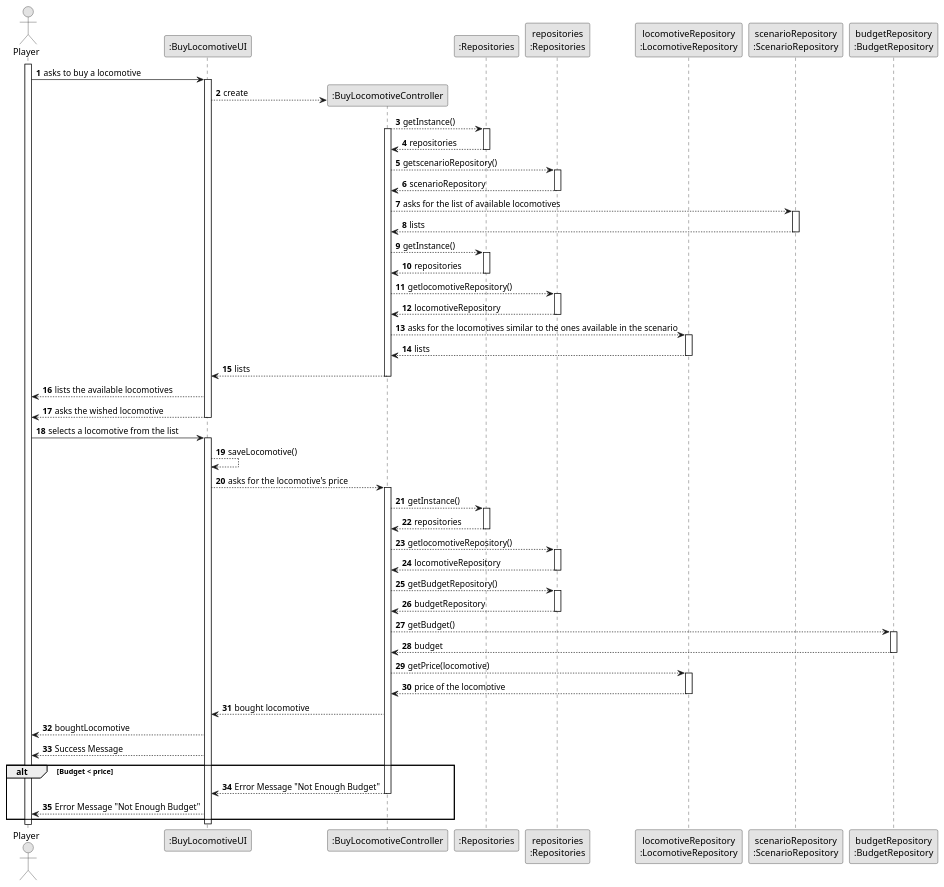
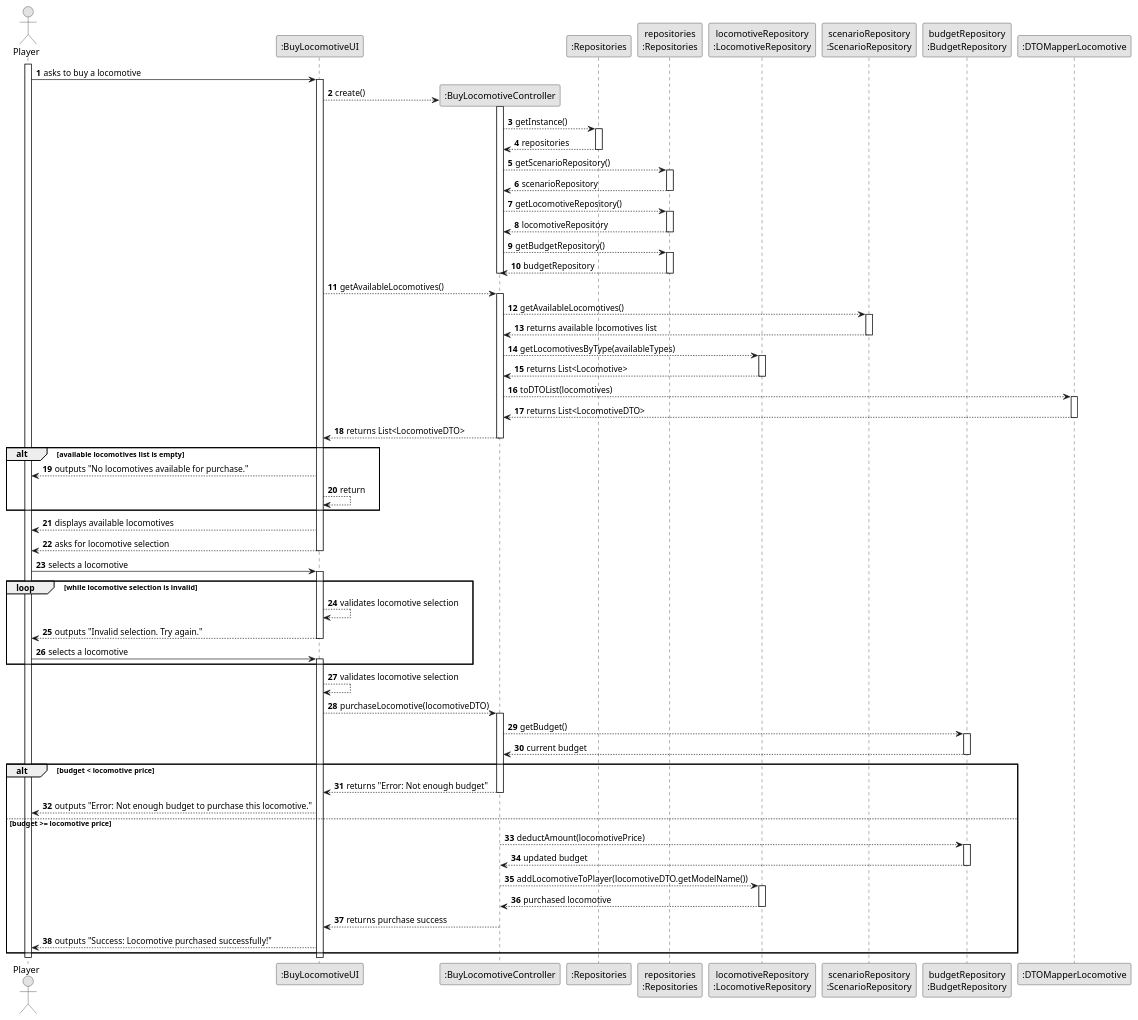
The diagram in docs/system-documentation/US009/03.design/puml/US009-SD.puml (goncalolopesp/sem2-pi-24.25-g093-repo), drawn with PlantUML before and after one commit. The commit also changed 3 other files, not shown here.

```diff
--- a/docs/system-documentation/US009/03.design/puml/US009-SD.puml
+++ b/docs/system-documentation/US009/03.design/puml/US009-SD.puml
@@ -1,120 +1,136 @@
 @startuml
 skinparam monochrome true
 skinparam packageStyle rectangle
 skinparam shadowing false
 
 autonumber
 
-actor "Player" as Employee
+actor "Player" as Player
 participant ":BuyLocomotiveUI" as BuyLocomotiveUI
 
-activate Employee
+activate Player
 
-Employee -> BuyLocomotiveUI : asks to buy a locomotive
+Player -> BuyLocomotiveUI : asks to buy a locomotive
 activate BuyLocomotiveUI
 
 create ":BuyLocomotiveController" as BuyLocomotiveController
 
-BuyLocomotiveUI --> BuyLocomotiveController : create
+participant ":Repositories" as Repositories
+participant "repositories\n:Repositories" as repo
+participant "locomotiveRepository\n:LocomotiveRepository" as lrepo
+participant "scenarioRepository\n:ScenarioRepository" as srepo
+participant "budgetRepository\n:BudgetRepository" as brepo
+participant ":DTOMapperLocomotive" as DTOMapper
 
-
-
-
-participant ":Repositories" as Repositories
-participant "repositories\n:Repositories" as Repo
-participant "locomotiveRepository\n:LocomotiveRepository" as locomotiveRepository
-participant "scenarioRepository\n:ScenarioRepository" as scenarioRepository
-participant "budgetRepository\n:BudgetRepository" as budgetRepository
-
-BuyLocomotiveController --> Repositories : getInstance()
-activate BuyLocomotiveController
-activate Repositories
-
-Repositories --> BuyLocomotiveController : repositories
-
-deactivate Repositories
-
-BuyLocomotiveController --> Repo : getscenarioRepository()
-activate Repo
-
-Repo --> BuyLocomotiveController : scenarioRepository
-deactivate Repo
-
-
-BuyLocomotiveController --> scenarioRepository : asks for the list of available locomotives
-activate scenarioRepository
-scenarioRepository --> BuyLocomotiveController : lists
-deactivate scenarioRepository
-
-BuyLocomotiveController --> Repositories : getInstance()
-activate Repositories
-Repositories --> BuyLocomotiveController : repositories
-deactivate Repositories
-
-BuyLocomotiveController --> Repo : getlocomotiveRepository()
-activate Repo
-Repo --> BuyLocomotiveController : locomotiveRepository
-deactivate Repo
-
-BuyLocomotiveController --> locomotiveRepository : asks for the locomotives similar to the ones available in the scenario
-activate locomotiveRepository
-locomotiveRepository --> BuyLocomotiveController : lists
-deactivate locomotiveRepository
-
-BuyLocomotiveController --> BuyLocomotiveUI : lists
-
-deactivate BuyLocomotiveController
-
-BuyLocomotiveUI --> Employee : lists the available locomotives
-BuyLocomotiveUI --> Employee : asks the wished locomotive
-deactivate BuyLocomotiveUI
-
-Employee -> BuyLocomotiveUI : selects a locomotive from the list
-
-activate BuyLocomotiveUI
-
-BuyLocomotiveUI --> BuyLocomotiveUI : saveLocomotive()
-
-BuyLocomotiveUI --> BuyLocomotiveController : asks for the locomotive's price
+BuyLocomotiveUI --> BuyLocomotiveController : create()
 activate BuyLocomotiveController
 
 BuyLocomotiveController --> Repositories : getInstance()
 activate Repositories
+
 Repositories --> BuyLocomotiveController : repositories
 deactivate Repositories
 
-BuyLocomotiveController --> Repo : getlocomotiveRepository()
-activate Repo
-Repo --> BuyLocomotiveController : locomotiveRepository
-deactivate Repo
+BuyLocomotiveController --> repo : getScenarioRepository()
+activate repo
 
-BuyLocomotiveController --> Repo : getBudgetRepository()
-activate Repo
-Repo --> BuyLocomotiveController : budgetRepository
-deactivate Repo
+repo --> BuyLocomotiveController : scenarioRepository
+deactivate repo
 
-BuyLocomotiveController --> budgetRepository : getBudget()
-activate budgetRepository
-budgetRepository --> BuyLocomotiveController : budget
-deactivate budgetRepository
+BuyLocomotiveController --> repo : getLocomotiveRepository()
+activate repo
 
-BuyLocomotiveController --> locomotiveRepository : getPrice(locomotive)
-activate locomotiveRepository
-locomotiveRepository --> BuyLocomotiveController : price of the locomotive
-deactivate locomotiveRepository
+repo --> BuyLocomotiveController : locomotiveRepository
+deactivate repo
 
-BuyLocomotiveController --> BuyLocomotiveUI : bought locomotive
+BuyLocomotiveController --> repo : getBudgetRepository()
+activate repo
 
-BuyLocomotiveUI --> Employee : boughtLocomotive
-BuyLocomotiveUI --> Employee : Success Message
+repo --> BuyLocomotiveController : budgetRepository
+deactivate repo
 
-alt Budget < price
-    BuyLocomotiveController --> BuyLocomotiveUI : Error Message "Not Enough Budget"
+deactivate BuyLocomotiveController
+
+BuyLocomotiveUI --> BuyLocomotiveController : getAvailableLocomotives()
+activate BuyLocomotiveController
+
+BuyLocomotiveController --> srepo : getAvailableLocomotives()
+activate srepo
+
+srepo --> BuyLocomotiveController : returns available locomotives list
+deactivate srepo
+
+BuyLocomotiveController --> lrepo : getLocomotivesByType(availableTypes)
+activate lrepo
+
+lrepo --> BuyLocomotiveController : returns List<Locomotive>
+deactivate lrepo
+
+BuyLocomotiveController --> DTOMapper : toDTOList(locomotives)
+activate DTOMapper
+
+DTOMapper --> BuyLocomotiveController : returns List<LocomotiveDTO>
+deactivate DTOMapper
+
+BuyLocomotiveController --> BuyLocomotiveUI : returns List<LocomotiveDTO>
+deactivate BuyLocomotiveController
+
+alt available locomotives list is empty
+    BuyLocomotiveUI --> Player : outputs "No locomotives available for purchase."
+    BuyLocomotiveUI --> BuyLocomotiveUI : return
+end
+
+BuyLocomotiveUI --> Player : displays available locomotives
+BuyLocomotiveUI --> Player : asks for locomotive selection
+deactivate BuyLocomotiveUI
+
+Player -> BuyLocomotiveUI : selects a locomotive
+activate BuyLocomotiveUI
+
+loop while locomotive selection is invalid
+    BuyLocomotiveUI --> BuyLocomotiveUI : validates locomotive selection
+    BuyLocomotiveUI --> Player : outputs "Invalid selection. Try again."
+    deactivate BuyLocomotiveUI
+    
+    Player -> BuyLocomotiveUI : selects a locomotive
+    activate BuyLocomotiveUI
+end
+
+BuyLocomotiveUI --> BuyLocomotiveUI : validates locomotive selection
+BuyLocomotiveUI --> BuyLocomotiveController : purchaseLocomotive(locomotiveDTO)
+activate BuyLocomotiveController
+
+BuyLocomotiveController --> brepo : getBudget()
+activate brepo
+
+brepo --> BuyLocomotiveController : current budget
+deactivate brepo
+
+alt budget < locomotive price
+    BuyLocomotiveController --> BuyLocomotiveUI : returns "Error: Not enough budget"
     deactivate BuyLocomotiveController
-    BuyLocomotiveUI --> Employee : Error Message "Not Enough Budget"
+    BuyLocomotiveUI --> Player : outputs "Error: Not enough budget to purchase this locomotive."
+else budget >= locomotive price
+    BuyLocomotiveController --> brepo : deductAmount(locomotivePrice)
+    activate brepo
+    
+    brepo --> BuyLocomotiveController : updated budget
+    deactivate brepo
+    
+    BuyLocomotiveController --> lrepo : addLocomotiveToPlayer(locomotiveDTO.getModelName())
+    activate lrepo
+    
+    lrepo --> BuyLocomotiveController : purchased locomotive
+    deactivate lrepo
+    
+    BuyLocomotiveController --> BuyLocomotiveUI : returns purchase success
+    deactivate BuyLocomotiveController
+    
+    BuyLocomotiveUI --> Player : outputs "Success: Locomotive purchased successfully!"
 end
 
 deactivate BuyLocomotiveUI
 
+deactivate Player
 
 @enduml
```
